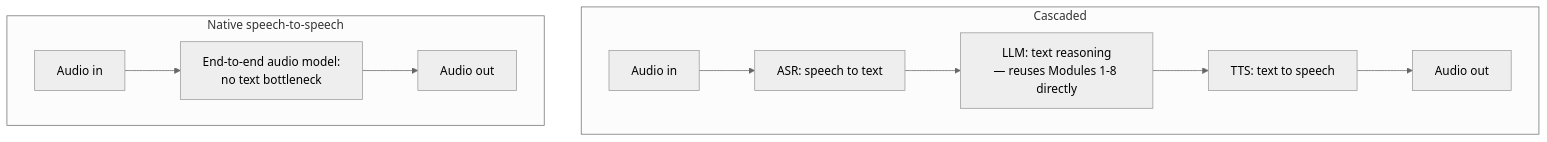
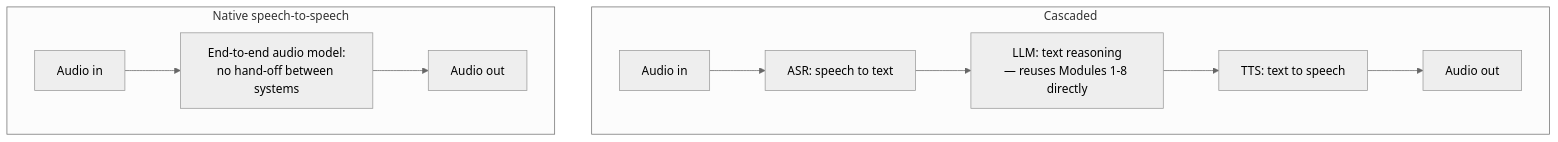
The diagram in modules/09-frontier/fro-01-voice-realtime.md (naman-shrimali/ai-engineering-curriculum), drawn with Mermaid (neutral theme) before and after one commit. The commit also changed other lines of this file and 46 other files, not shown here.

````diff
--- a/modules/09-frontier/fro-01-voice-realtime.md
+++ b/modules/09-frontier/fro-01-voice-realtime.md
@@ -65,13 +71,13 @@
 ```mermaid
 graph TD
   subgraph Cascaded[Cascaded]
     A1[Audio in] --> B1[ASR: speech to text]
     B1 --> C1[LLM: text reasoning<br/>— reuses Modules 1-8 directly]
     C1 --> D1[TTS: text to speech]
     D1 --> E1[Audio out]
   end
   subgraph Native[Native speech-to-speech]
-    A2[Audio in] --> B2[End-to-end audio model:<br/>no text bottleneck]
+    A2[Audio in] --> B2[End-to-end audio model:<br/>no hand-off between systems]
     B2 --> E2[Audio out]
   end
 ```
````
